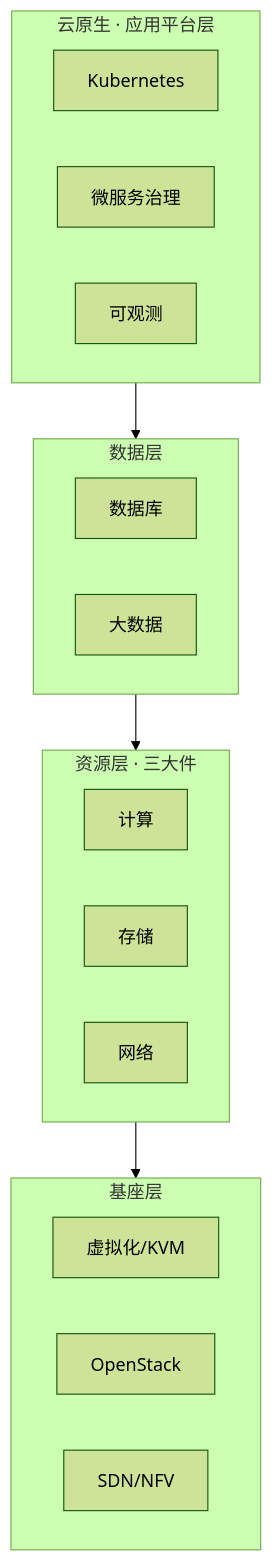
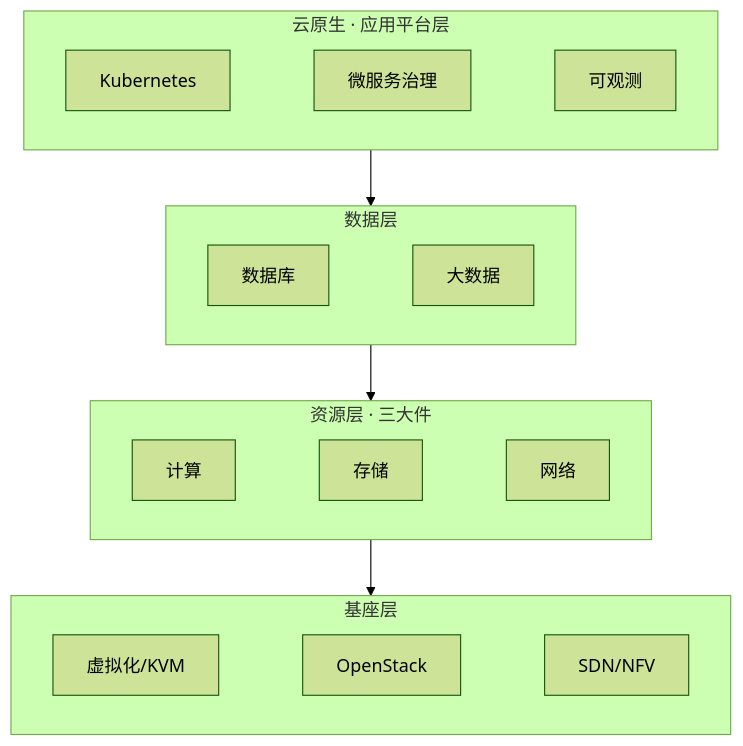
One commit to shuifans/cloud-ai-knowledge-base changed the diagram in docs/cloud/index.md. Above: the diagram before and after it, drawn with Mermaid (forest theme). The commit also changed 7 other files, not shown here.

First line of the commit message:
修复: Mermaid 图呈现治理（全局渲染配置与导读页全景图布局）

````diff
--- a/docs/cloud/index.md
+++ b/docs/cloud/index.md
@@ -12,23 +12,31 @@
 ```mermaid
 flowchart TB
   subgraph L4[云原生 · 应用平台层]
+    direction LR
     N1[Kubernetes]
     N2[微服务治理]
     N3[可观测]
+    N1 ~~~ N2 ~~~ N3
   end
   subgraph L3[数据层]
+    direction LR
     D1[数据库]
     D2[大数据]
+    D1 ~~~ D2
   end
   subgraph L2[资源层 · 三大件]
+    direction LR
     C1[计算]
     C2[存储]
     C3[网络]
+    C1 ~~~ C2 ~~~ C3
   end
   subgraph L1[基座层]
+    direction LR
     F1[虚拟化/KVM]
     F2[OpenStack]
     F3[SDN/NFV]
+    F1 ~~~ F2 ~~~ F3
   end
   L4 --> L3 --> L2 --> L1
 ```
````
